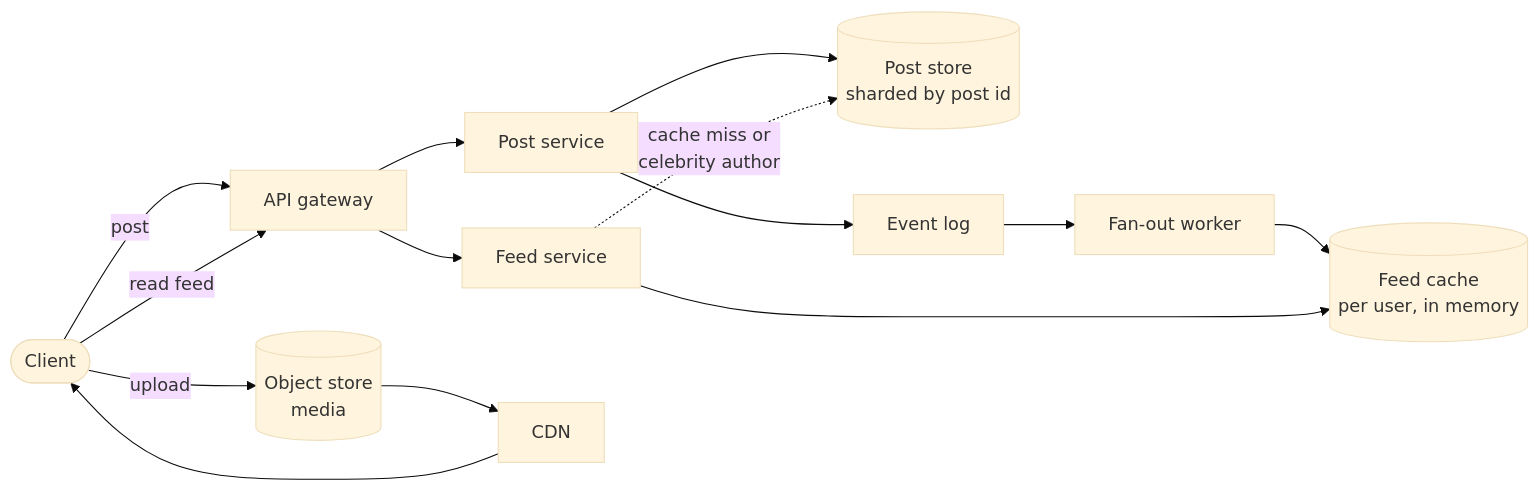
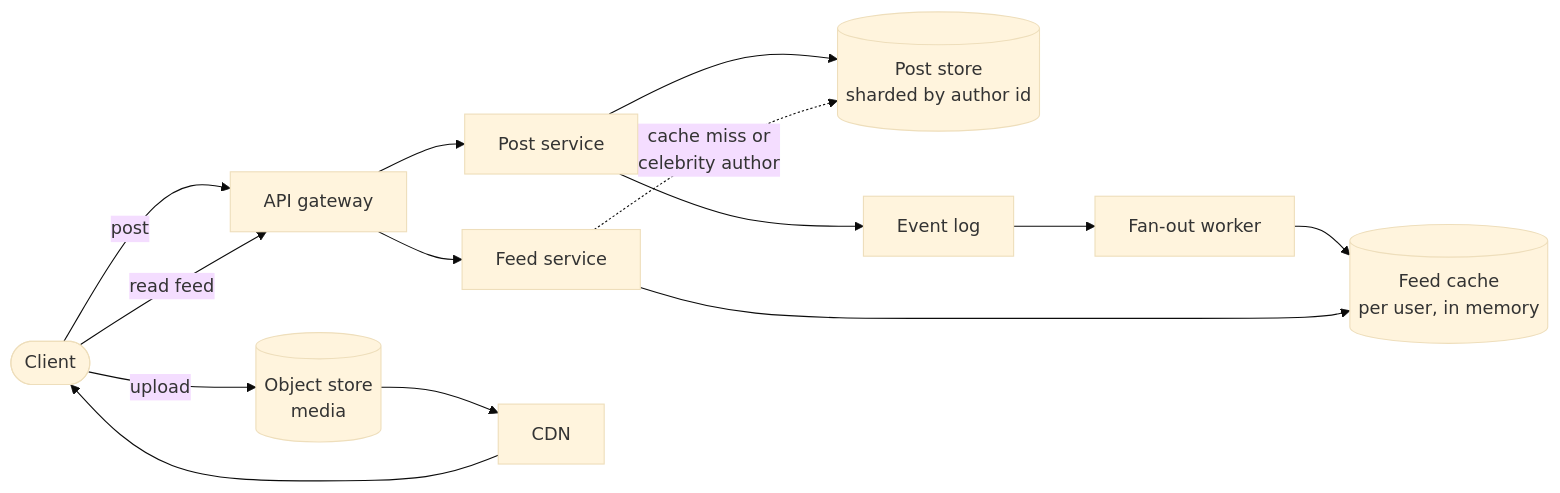
Diagram 17 of 21 in examples/system-design-foundations.md (Laticent/lattice), drawn with Mermaid (base theme) before and after one commit. The commit also changed other lines of this file and 1 other file, not shown here.

````diff
--- a/examples/system-design-foundations.md
+++ b/examples/system-design-foundations.md
@@ -2084,14 +2084,14 @@
 ```mermaid
 flowchart LR
   C(["Client"]) -->|"upload"| OS[("Object store<br/>media")]
   C -->|"post"| API["API gateway"]
   API --> W["Post service"]
-  W --> PDB[("Post store<br/>sharded by post id")]
+  W --> PDB[("Post store<br/>sharded by author id")]
   W --> Q["Event log"]
   Q --> FAN["Fan-out worker"]
   FAN --> FC[("Feed cache<br/>per user, in memory")]
   C -->|"read feed"| API --> FR["Feed service"]
   FR --> FC
   FR -.->|"cache miss or<br/>celebrity author"| PDB
   OS --> CDN["CDN"] --> C
 ```
````
